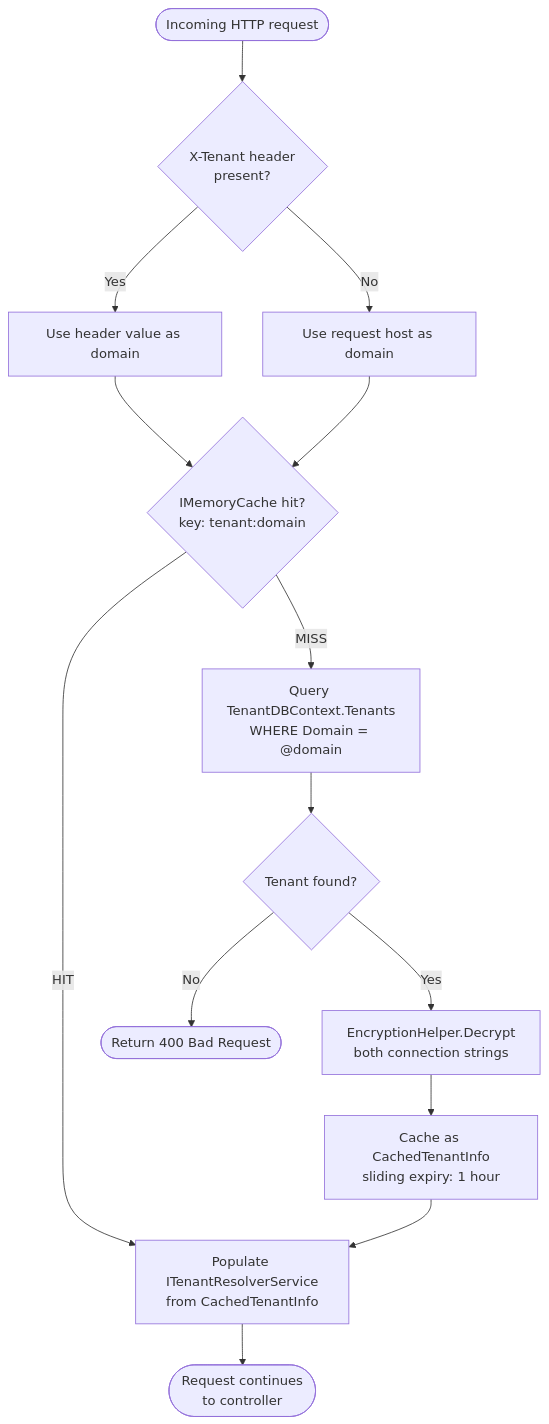
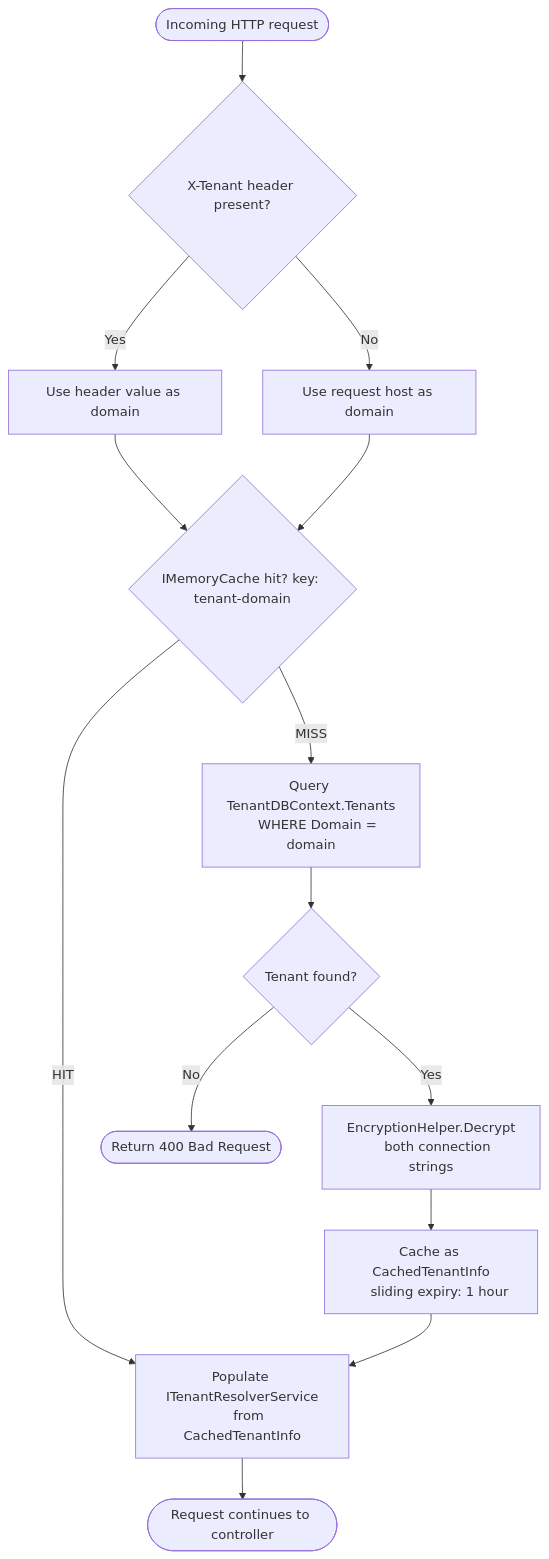
One commit to Anubhav-Singh13/Monk_Intelligence changed the second of 5 diagrams in MULTI-TENANCY.md. Above: the diagram before and after it, drawn with Mermaid. The commit also changed other lines of this file and 1 other file, not shown here.

````diff
--- a/MULTI-TENANCY.md
+++ b/MULTI-TENANCY.md
@@ -78,15 +94,20 @@
 ```mermaid
 flowchart TD
-    A([Incoming HTTP request]) --> B{X-Tenant header\npresent?}
+    A([Incoming HTTP request]) --> B{"X-Tenant header present?"}
     B -->|Yes| C[Use header value as domain]
     B -->|No| D[Use request host as domain]
-    C & D --> E{IMemoryCache hit?\nkey: tenant:domain}
-    E -->|HIT| F[Populate ITenantResolverService\nfrom CachedTenantInfo]
-    E -->|MISS| G[Query TenantDBContext.Tenants\nWHERE Domain = @domain]
-    G --> H{Tenant found?}
+    C --> E{"IMemoryCache hit? key: tenant-domain"}
+    D --> E
+    E -->|HIT| F["Populate ITenantResolverService
+    from CachedTenantInfo"]
+    E -->|MISS| G["Query TenantDBContext.Tenants
+    WHERE Domain = domain"]
+    G --> H{"Tenant found?"}
     H -->|No| I([Return 400 Bad Request])
-    H -->|Yes| J[EncryptionHelper.Decrypt\nboth connection strings]
-    J --> K[Cache as CachedTenantInfo\nsliding expiry: 1 hour]
+    H -->|Yes| J["EncryptionHelper.Decrypt
+    both connection strings"]
+    J --> K["Cache as CachedTenantInfo
+    sliding expiry: 1 hour"]
     K --> F
-    F --> L([Request continues\nto controller])
+    F --> L([Request continues to controller])
 ```
````
